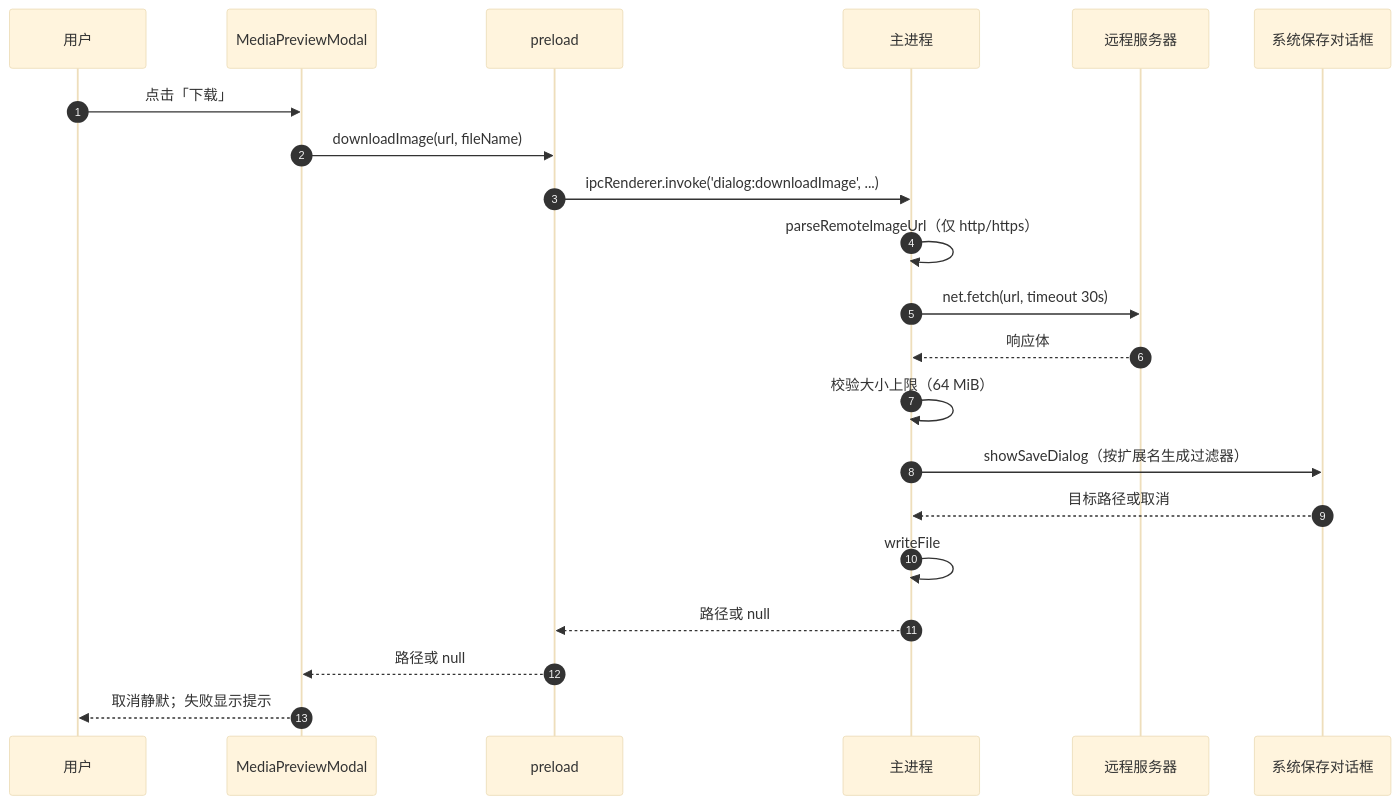
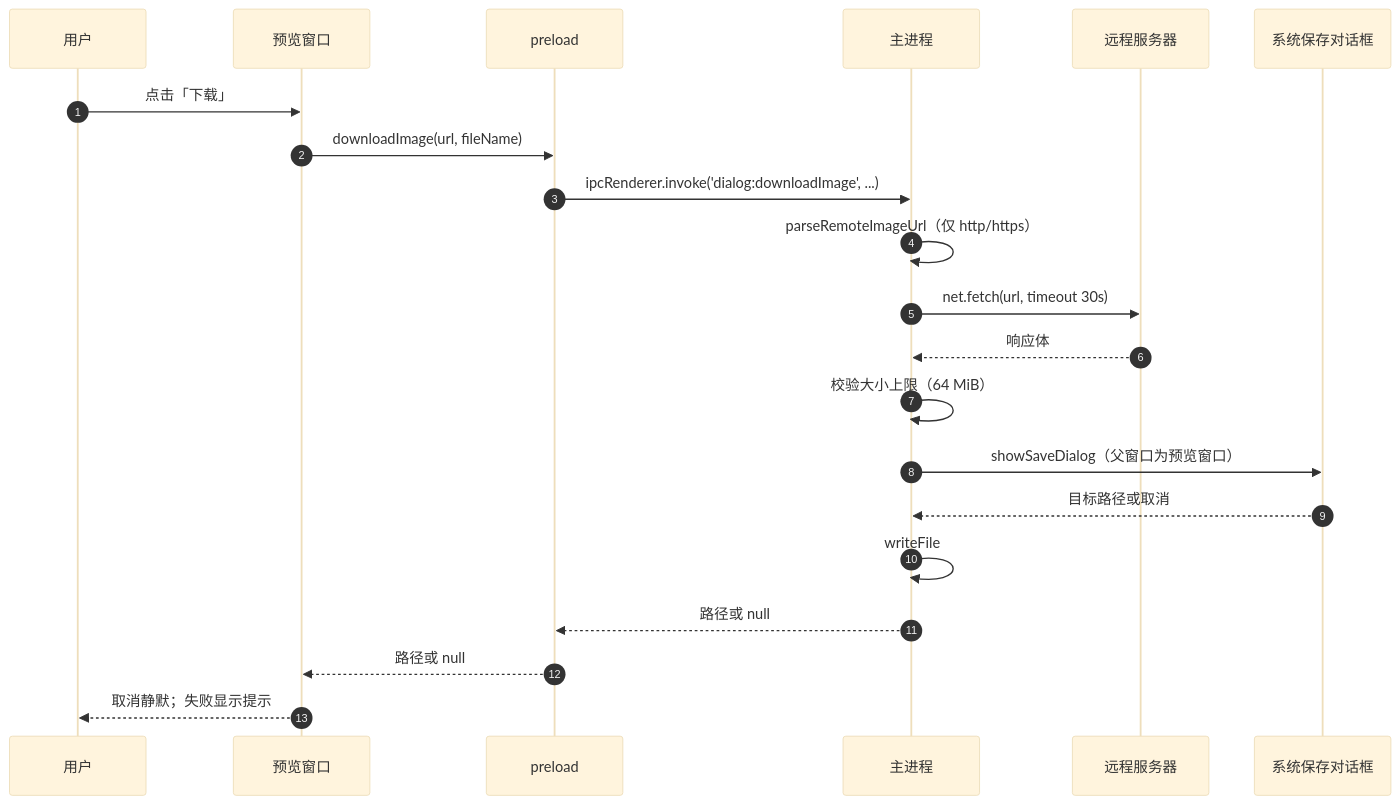
One commit to Harley-xk/mark-it changed the second of 2 diagrams in docs/编辑与预览/大图预览与图片操作.md. Above: the diagram before and after it, drawn with Mermaid (base theme). The commit also changed other lines of this file and 31 other files, not shown here.

Commit message:
fix(preview): 大图预览改为独立窗口并修复标题栏遮挡

````diff
--- a/docs/编辑与预览/大图预览与图片操作.md
+++ b/docs/编辑与预览/大图预览与图片操作.md
@@ -128,24 +175,24 @@
 ```mermaid
 sequenceDiagram
     autonumber
     participant U as 用户
-    participant M as MediaPreviewModal
+    participant W as 预览窗口
     participant P as preload
     participant H as 主进程
     participant N as 远程服务器
     participant D as 系统保存对话框
 
-    U->>M: 点击「下载」
-    M->>P: downloadImage(url, fileName)
+    U->>W: 点击「下载」
+    W->>P: downloadImage(url, fileName)
     P->>H: ipcRenderer.invoke('dialog:downloadImage', ...)
     H->>H: parseRemoteImageUrl（仅 http/https）
     H->>N: net.fetch(url, timeout 30s)
     N-->>H: 响应体
     H->>H: 校验大小上限（64 MiB）
-    H->>D: showSaveDialog（按扩展名生成过滤器）
+    H->>D: showSaveDialog（父窗口为预览窗口）
     D-->>H: 目标路径或取消
     H->>H: writeFile
     H-->>P: 路径或 null
-    P-->>M: 路径或 null
-    M-->>U: 取消静默；失败显示提示
+    P-->>W: 路径或 null
+    W-->>U: 取消静默；失败显示提示
 ```
````
